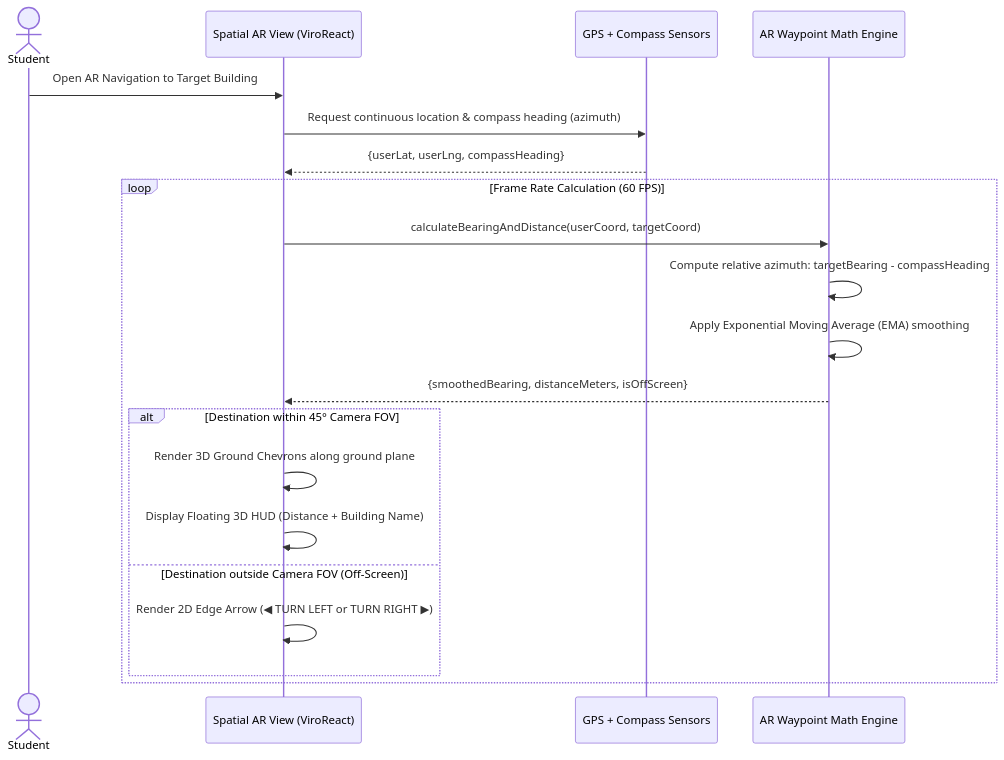
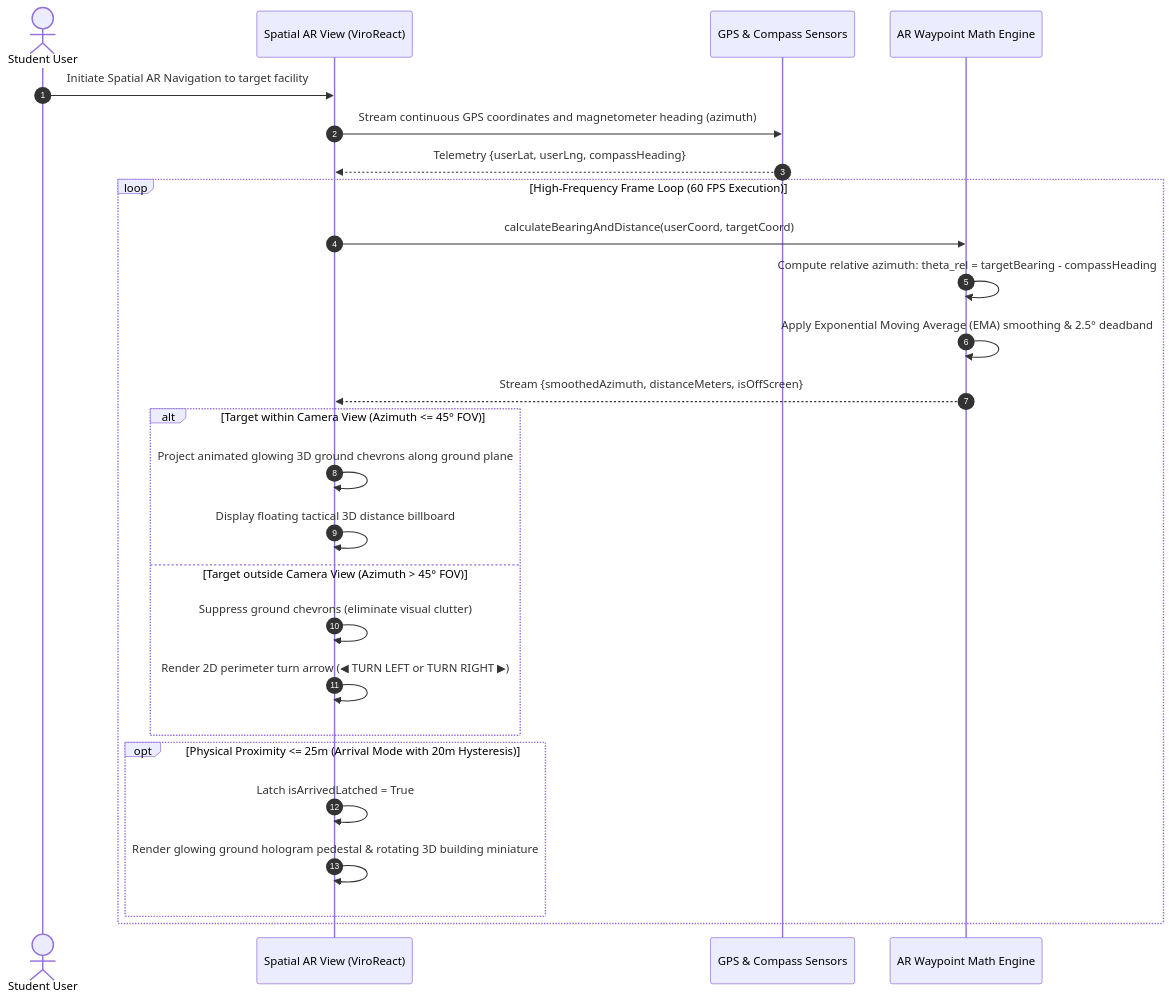
One commit to Cipher-Syntax/ARQuest changed the fourth of 11 diagrams in data-flow.md. Above: the diagram before and after it, drawn with Mermaid. The commit also changed other lines of this file and 8 other files, not shown here.

Commit message:
Updated: documentation + diagrams

````diff
--- a/data-flow.md
+++ b/data-flow.md
@@ -110,25 +134,32 @@
 ```mermaid
 sequenceDiagram
-    actor Student
+    autonumber
+    actor Student as Student User
     participant ARView as Spatial AR View (ViroReact)
-    participant Sensors as GPS + Compass Sensors
-    participant Engine as AR Waypoint Math Engine
+    participant Sensors as GPS & Compass Sensors
+    participant MathEngine as AR Waypoint Math Engine
 
-    Student->>ARView: Open AR Navigation to Target Building
-    ARView->>Sensors: Request continuous location & compass heading (azimuth)
-    Sensors-->>ARView: {userLat, userLng, compassHeading}
+    Student->>ARView: Initiate Spatial AR Navigation to target facility
+    ARView->>Sensors: Stream continuous GPS coordinates and magnetometer heading (azimuth)
+    Sensors-->>ARView: Telemetry {userLat, userLng, compassHeading}
 
-    loop Frame Rate Calculation (60 FPS)
-        ARView->>Engine: calculateBearingAndDistance(userCoord, targetCoord)
-        Engine->>Engine: Compute relative azimuth: targetBearing - compassHeading
-        Engine->>Engine: Apply Exponential Moving Average (EMA) smoothing
-        Engine-->>ARView: {smoothedBearing, distanceMeters, isOffScreen}
-        
-        alt Destination within 45° Camera FOV
-            ARView->>ARView: Render 3D Ground Chevrons along ground plane
-            ARView->>ARView: Display Floating 3D HUD (Distance + Building Name)
-        else Destination outside Camera FOV (Off-Screen)
-            ARView->>ARView: Render 2D Edge Arrow (◀ TURN LEFT or TURN RIGHT ▶)
+    loop High-Frequency Frame Loop (60 FPS Execution)
+        ARView->>MathEngine: calculateBearingAndDistance(userCoord, targetCoord)
+        MathEngine->>MathEngine: Compute relative azimuth: theta_rel = targetBearing - compassHeading
+        MathEngine->>MathEngine: Apply Exponential Moving Average (EMA) smoothing & 2.5° deadband
+        MathEngine-->>ARView: Stream {smoothedAzimuth, distanceMeters, isOffScreen}
+
+        alt Target within Camera View (Azimuth <= 45° FOV)
+            ARView->>ARView: Project animated glowing 3D ground chevrons along ground plane
+            ARView->>ARView: Display floating tactical 3D distance billboard
+        else Target outside Camera View (Azimuth > 45° FOV)
+            ARView->>ARView: Suppress ground chevrons (eliminate visual clutter)
+            ARView->>ARView: Render 2D perimeter turn arrow (◀ TURN LEFT or TURN RIGHT ▶)
+        end
+
+        opt Physical Proximity <= 25m (Arrival Mode with 20m Hysteresis)
+            ARView->>ARView: Latch isArrivedLatched = True
+            ARView->>ARView: Render glowing ground hologram pedestal & rotating 3D building miniature
         end
     end
 ```
````
